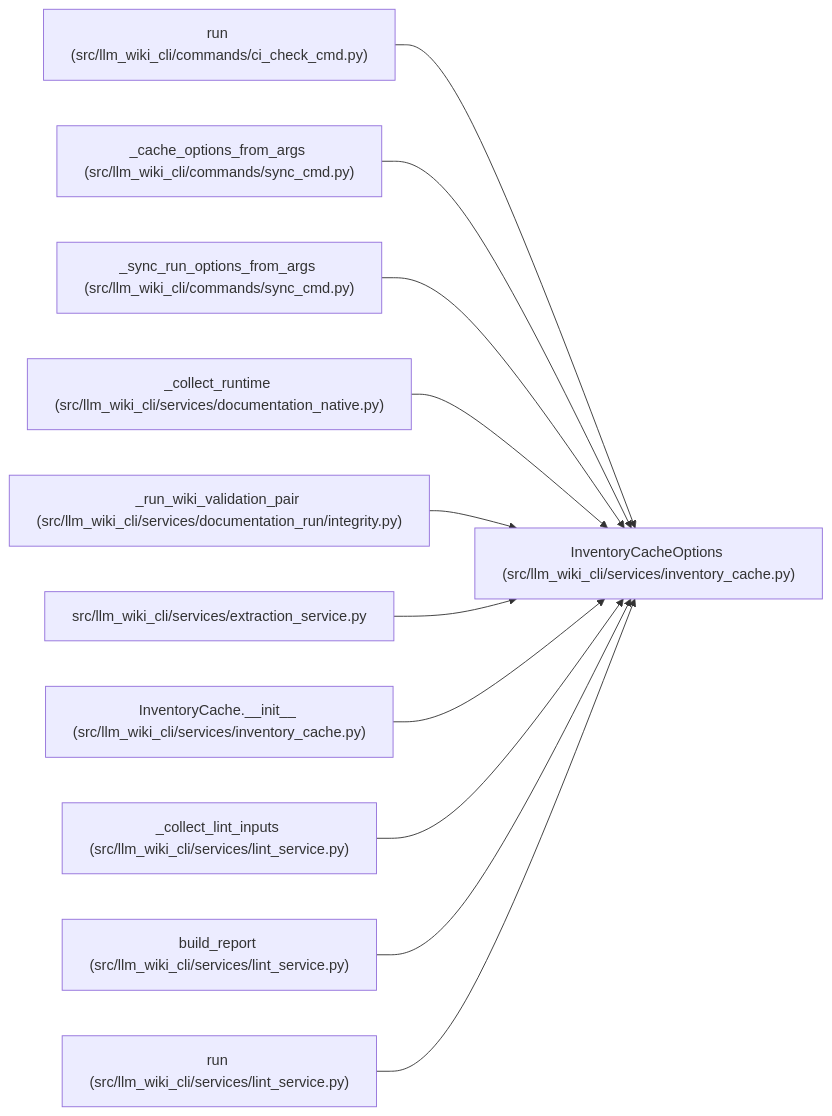
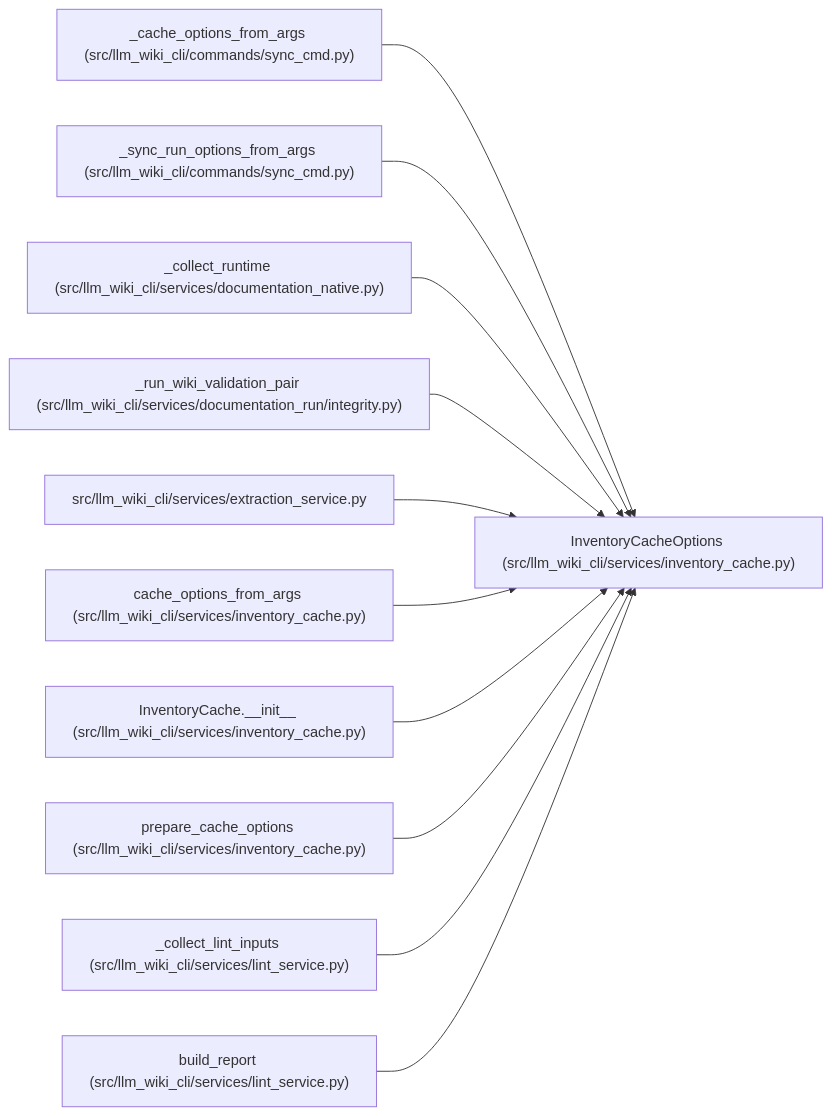
One commit to Denissvgn/python-wiki-llm changed the diagram in docs/llm_wiki/entities/InventoryCacheOptions.md. Above: the diagram before and after it, drawn with Mermaid. The commit also changed other lines of this file and 240 other files, not shown here.

Commit message:
docs: refresh wiki for validated runtime updates

````diff
--- a/docs/llm_wiki/entities/InventoryCacheOptions.md
+++ b/docs/llm_wiki/entities/InventoryCacheOptions.md
@@ -30,35 +32,35 @@
 ```mermaid
 flowchart LR
     n0["InventoryCacheOptions (src/llm_wiki_cli/services/inventory_cache.py)"]
-    n1["run (src/llm_wiki_cli/commands/ci_check_cmd.py)"]
-    n2["_cache_options_from_args (src/llm_wiki_cli/commands/sync_cmd.py)"]
-    n3["_sync_run_options_from_args (src/llm_wiki_cli/commands/sync_cmd.py)"]
-    n4["_collect_runtime (src/llm_wiki_cli/services/documentation_native.py)"]
-    n5["_run_wiki_validation_pair (src/llm_wiki_cli/services/documentation_run/integrity.py)"]
-    n6["src/llm_wiki_cli/services/extraction_service.py"]
+    n1["_cache_options_from_args (src/llm_wiki_cli/commands/sync_cmd.py)"]
+    n2["_sync_run_options_from_args (src/llm_wiki_cli/commands/sync_cmd.py)"]
+    n3["_collect_runtime (src/llm_wiki_cli/services/documentation_native.py)"]
+    n4["_run_wiki_validation_pair (src/llm_wiki_cli/services/documentation_run/integrity.py)"]
+    n5["src/llm_wiki_cli/services/extraction_service.py"]
+    n6["cache_options_from_args (src/llm_wiki_cli/services/inventory_cache.py)"]
     n7["InventoryCache.__init__ (src/llm_wiki_cli/services/inventory_cache.py)"]
-    n8["_collect_lint_inputs (src/llm_wiki_cli/services/lint_service.py)"]
-    n9["build_report (src/llm_wiki_cli/services/lint_service.py)"]
-    n10["run (src/llm_wiki_cli/services/lint_service.py)"]
+    n8["prepare_cache_options (src/llm_wiki_cli/services/inventory_cache.py)"]
+    n9["_collect_lint_inputs (src/llm_wiki_cli/services/lint_service.py)"]
+    n10["build_report (src/llm_wiki_cli/services/lint_service.py)"]
     n1 --> n0
     n2 --> n0
     n3 --> n0
     n4 --> n0
     n5 --> n0
     n6 --> n0
     n7 --> n0
     n8 --> n0
     n9 --> n0
     n10 --> n0
     click n0 "../modules/inventory_cache.md"
-    click n1 "../modules/ci_check_cmd.md"
+    click n1 "../modules/sync_cmd.md"
     click n2 "../modules/sync_cmd.md"
-    click n3 "../modules/sync_cmd.md"
-    click n4 "../modules/documentation_native.md"
-    click n5 "../modules/integrity.md"
-    click n6 "../modules/extraction_service.md"
+    click n3 "../modules/documentation_native.md"
+    click n4 "../modules/integrity.md"
+    click n5 "../modules/extraction_service.md"
+    click n6 "../modules/inventory_cache.md"
     click n7 "../modules/inventory_cache.md"
-    click n8 "../modules/lint_service.md"
+    click n8 "../modules/inventory_cache.md"
     click n9 "../modules/lint_service.md"
     click n10 "../modules/lint_service.md"
 ```
````
